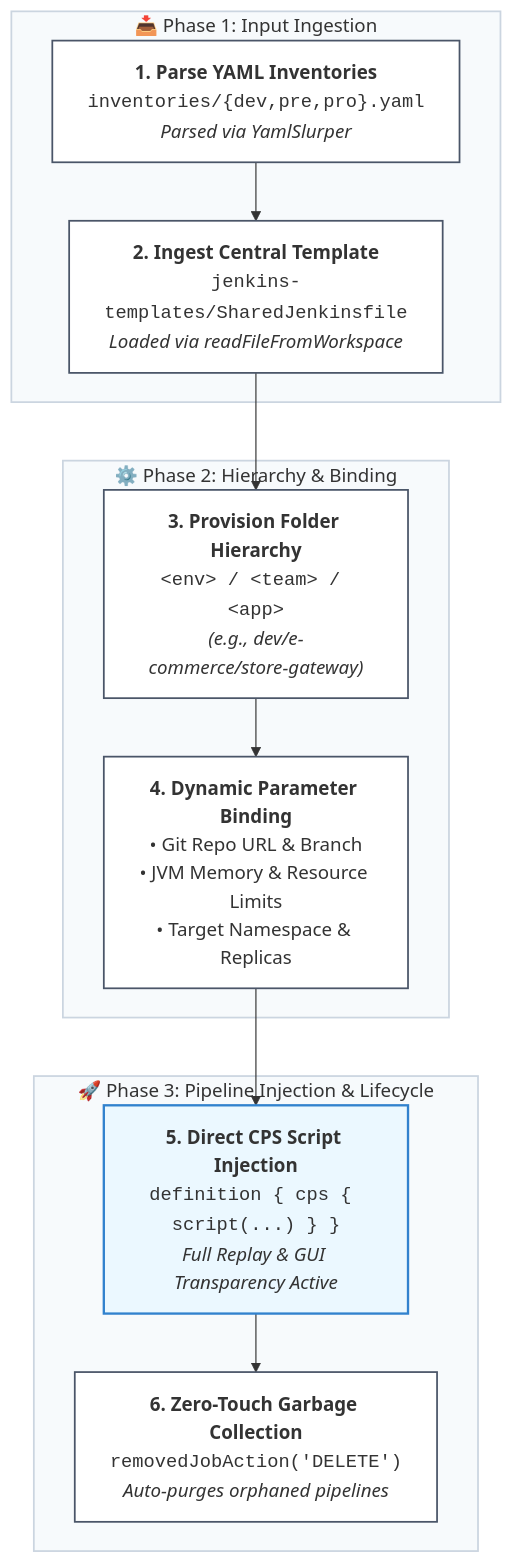
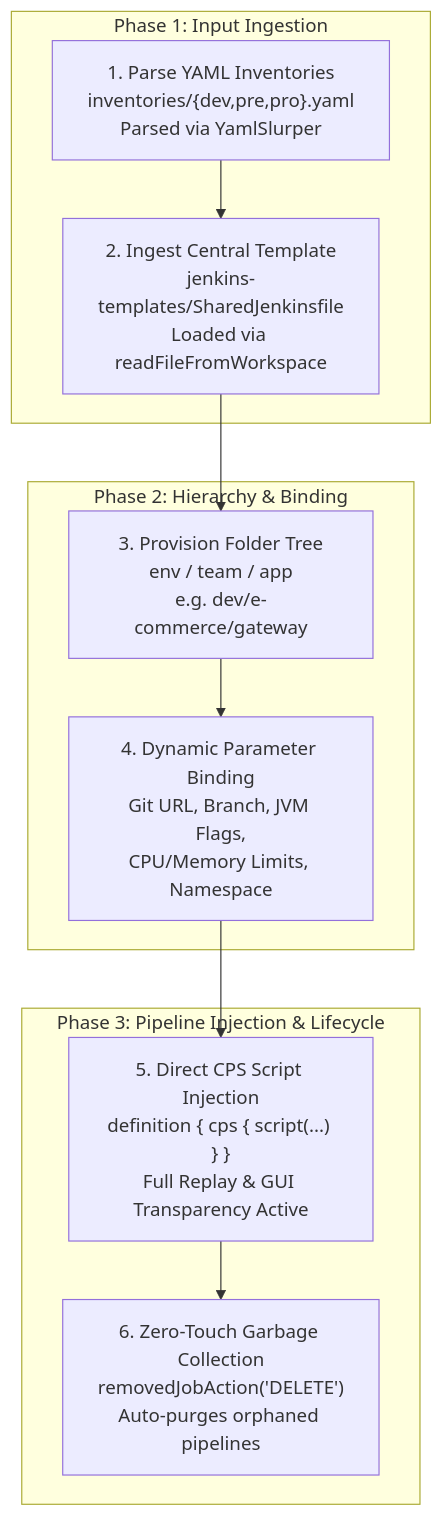
Before and after one commit to nubenetes/jenkins-backstage-2026-poc1: the sixth of 7 diagrams in README.md, drawn with Mermaid. The commit also changed other lines of this file, not shown here.

Commit message:
fix(docs): clean Mermaid node labels in Pattern A and B flowcharts to prevent text overflow

````diff
--- a/README.md
+++ b/README.md
@@ -310,29 +304,23 @@
 ```mermaid
 flowchart TD
-    subgraph Phase1["📥 Phase 1: Input Ingestion"]
-        A["<b>1. Parse YAML Inventories</b><br/><code>inventories/{dev,pre,pro}.yaml</code><br/><i>Parsed via YamlSlurper</i>"]
-        B["<b>2. Ingest Central Template</b><br/><code>jenkins-templates/SharedJenkinsfile</code><br/><i>Loaded via readFileFromWorkspace</i>"]
+    subgraph Phase1["Phase 1: Input Ingestion"]
+        A["1. Parse YAML Inventories<br/>inventories/{dev,pre,pro}.yaml<br/>Parsed via YamlSlurper"]
+        B["2. Ingest Central Template<br/>jenkins-templates/SharedJenkinsfile<br/>Loaded via readFileFromWorkspace"]
     end
 
-    subgraph Phase2["⚙️ Phase 2: Hierarchy & Binding"]
-        C["<b>3. Provision Folder Hierarchy</b><br/><code>&lt;env&gt; / &lt;team&gt; / &lt;app&gt;</code><br/><i>(e.g., dev/e-commerce/store-gateway)</i>"]
-        D["<b>4. Dynamic Parameter Binding</b><br/>• Git Repo URL & Branch<br/>• JVM Memory & Resource Limits<br/>• Target Namespace & Replicas"]
+    subgraph Phase2["Phase 2: Hierarchy & Binding"]
+        C["3. Provision Folder Tree<br/>env / team / app<br/>e.g. dev/e-commerce/gateway"]
+        D["4. Dynamic Parameter Binding<br/>Git URL, Branch, JVM Flags,<br/>CPU/Memory Limits, Namespace"]
     end
 
-    subgraph Phase3["🚀 Phase 3: Pipeline Injection & Lifecycle"]
-        E["<b>5. Direct CPS Script Injection</b><br/><code>definition { cps { script(...) } }</code><br/><i>Full Replay & GUI Transparency Active</i>"]
-        F["<b>6. Zero-Touch Garbage Collection</b><br/><code>removedJobAction('DELETE')</code><br/><i>Auto-purges orphaned pipelines</i>"]
+    subgraph Phase3["Phase 3: Pipeline Injection & Lifecycle"]
+        E["5. Direct CPS Script Injection<br/>definition { cps { script(...) } }<br/>Full Replay & GUI Transparency Active"]
+        F["6. Zero-Touch Garbage Collection<br/>removedJobAction('DELETE')<br/>Auto-purges orphaned pipelines"]
     end
 
     A --> B
     B --> C
     C --> D
     D --> E
     E --> F
-
-    classDef default fill:#ffffff,stroke:#4a5568,stroke-width:1.5px;
-    classDef phaseBox fill:#f7fafc,stroke:#cbd5e0,stroke-width:1.5px;
-    classDef coreStep fill:#ebf8ff,stroke:#3182ce,stroke-width:2px;
-    class Phase1,Phase2,Phase3 phaseBox;
-    class E coreStep;
 ```
````
